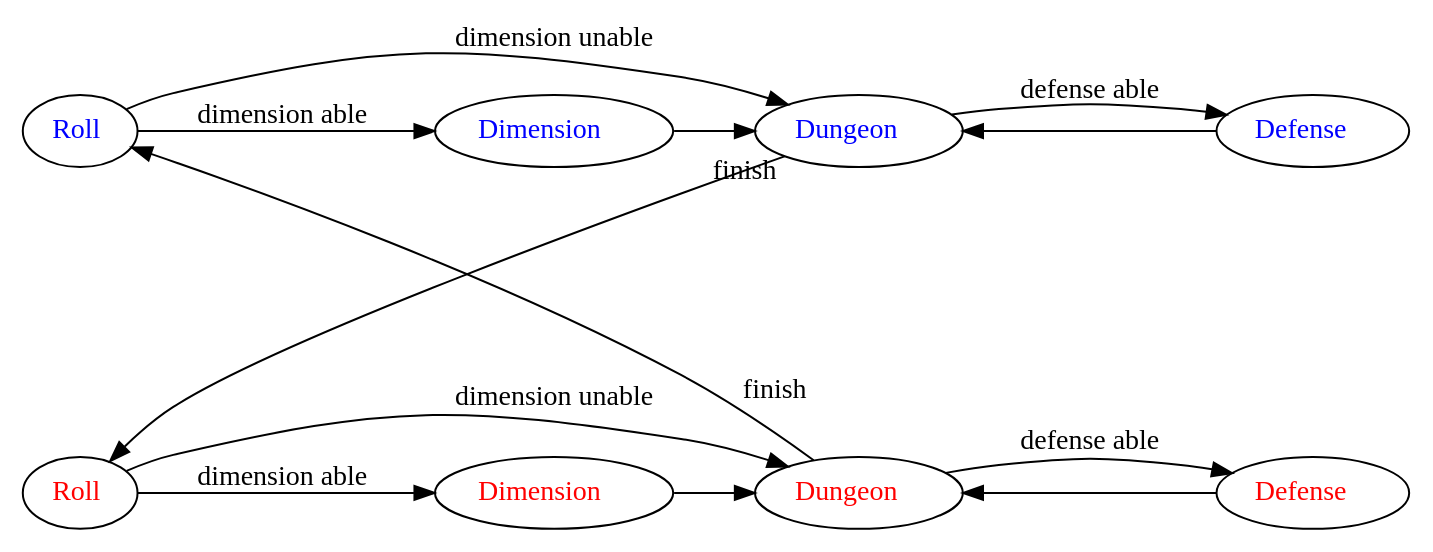
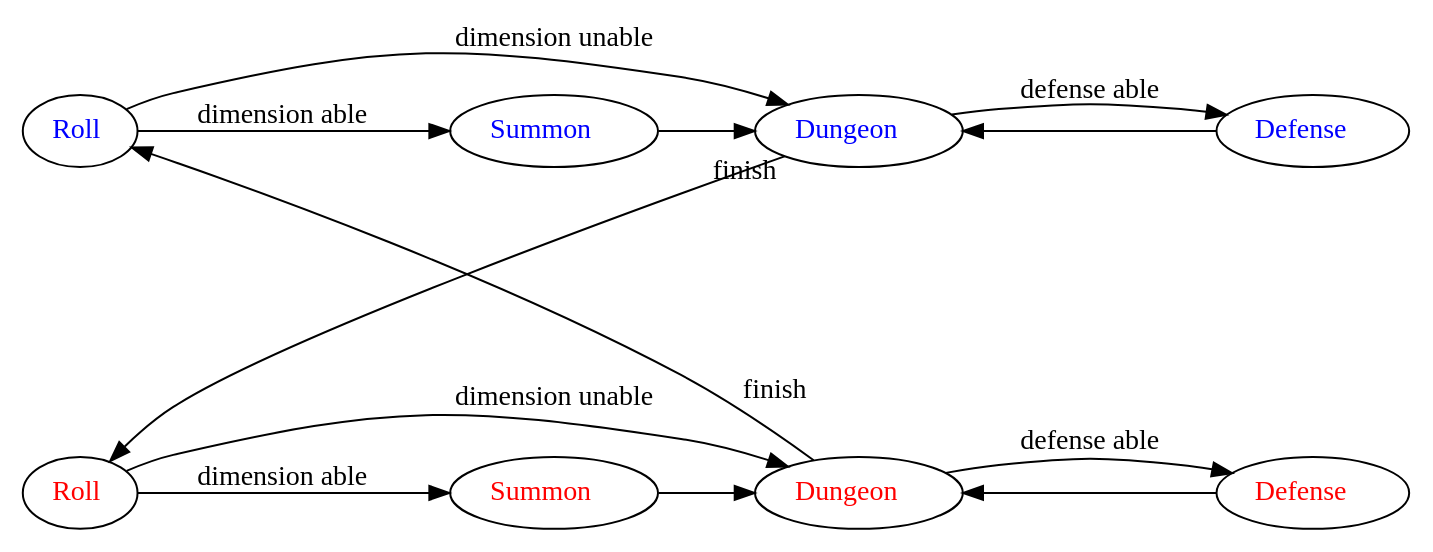
Before and after one commit to francocurotto/YDDM-re-old: the diagram in diagrams/duel state machine/duel_state_machine.dot, drawn with Graphviz. The commit also changed 13 other files, not shown here.

```diff
--- a/diagrams/duel state machine/duel_state_machine.dot
+++ b/diagrams/duel state machine/duel_state_machine.dot
@@ -1,32 +1,32 @@
 digraph duel {
     // parameters
     rankdir="LR";
     
     // nodes definition 
-    roll1      [label=<<font color="blue">Roll</font>>];
-    dungeon1   [label=<<font color="blue">Dungeon</font>>];
-    dimension1 [label=<<font color="blue">Dimension</font>>];
-    defense1   [label=<<font color="blue">Defense</font>>];
-    roll2      [label=<<font color="red">Roll</font>>];
-    dungeon2   [label=<<font color="red">Dungeon</font>>];
-    dimension2 [label=<<font color="red">Dimension</font>>];
-    defense2   [label=<<font color="red">Defense</font>>];
+    roll1    [label=<<font color="blue">Roll</font>>];
+    dungeon1 [label=<<font color="blue">Dungeon</font>>];
+    summon1  [label=<<font color="blue">Summon</font>>];
+    defense1 [label=<<font color="blue">Defense</font>>];
+    roll2    [label=<<font color="red">Roll</font>>];
+    dungeon2 [label=<<font color="red">Dungeon</font>>];
+    summon2  [label=<<font color="red">Summon</font>>];
+    defense2 [label=<<font color="red">Defense</font>>];
 
     // player 1 duel states
-    roll1      -> dungeon1 [label="dimension unable", weight=0];
-    roll1      -> dimension1 [label="dimension able"];
-    dimension1 -> dungeon1;
-    dungeon1   -> defense1 [label="defense able", weight=0];
-    defense1   -> dungeon1;
+    roll1    -> dungeon1 [label="dimension unable", weight=0];
+    roll1    -> summon1 [label="dimension able"];
+    summon1  -> dungeon1;
+    dungeon1 -> defense1 [label="defense able", weight=0];
+    defense1 -> dungeon1;
 
     // player 2 duel states
-    roll2      -> dungeon2 [label="dimension unable", weight=0];
-    roll2      -> dimension2 [label="dimension able"];
-    dimension2 -> dungeon2;
-    dungeon2   -> defense2 [label="defense able", weight=0];
-    defense2   -> dungeon2;
+    roll2    -> dungeon2 [label="dimension unable", weight=0];
+    roll2    -> summon2 [label="dimension able"];
+    summon2  -> dungeon2;
+    dungeon2 -> defense2 [label="defense able", weight=0];
+    defense2 -> dungeon2;
 
     // turn transition states
     dungeon2 -> roll1 [taillabel="finish", labeldistance=4,constraint=false];
     dungeon1 -> roll2 [taillabel="finish", constraint=false];
 }
```
